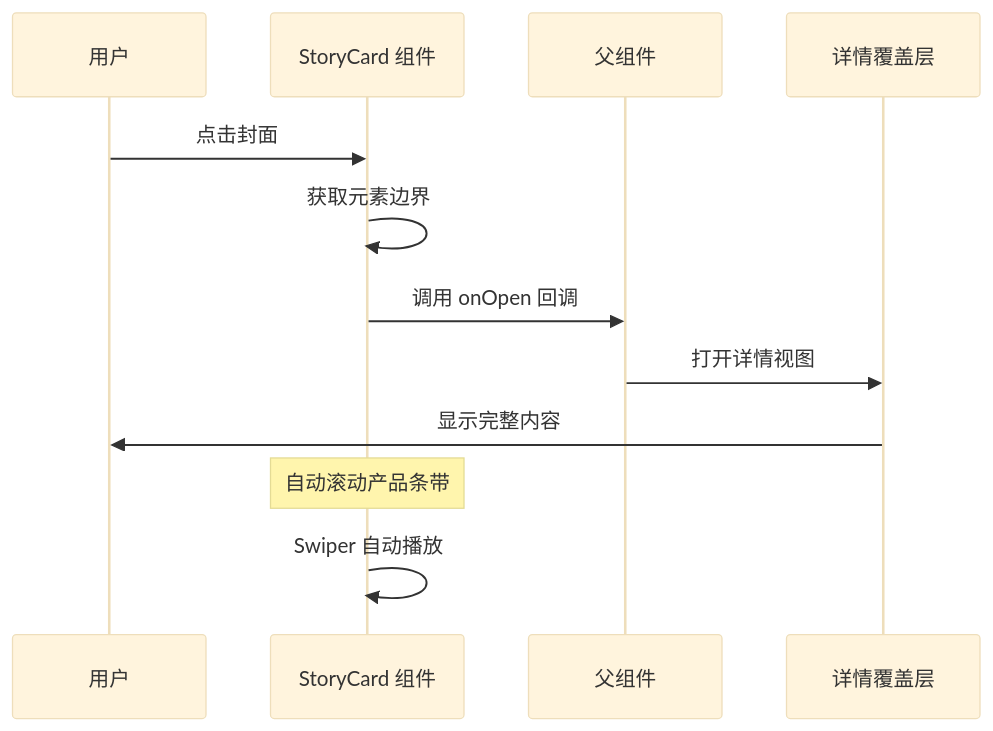
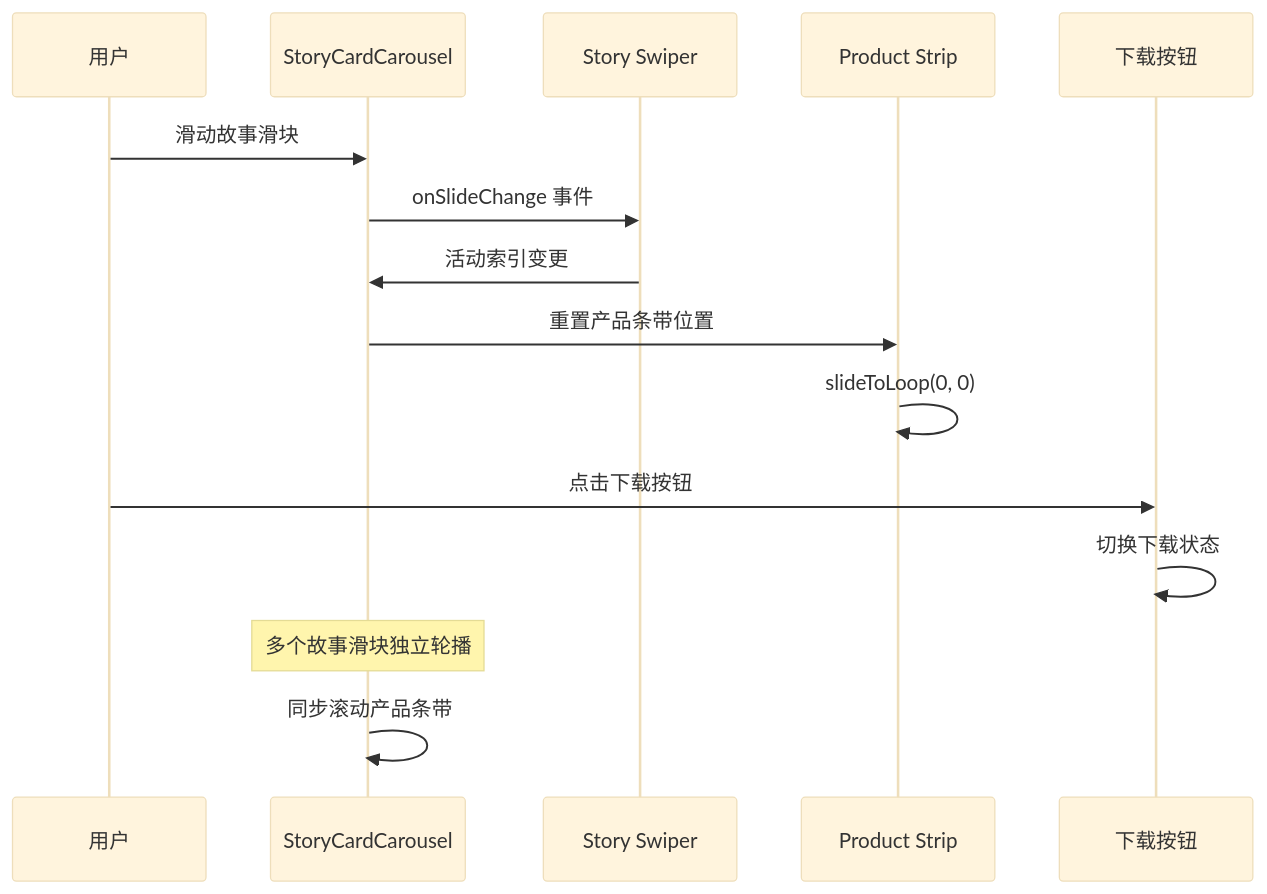
The fifth of 14 diagrams in .qoder/repowiki/zh/content/内容卡片系统/单品故事卡片.md (billye220670/newSquare), drawn with Mermaid (base theme) before and after one commit. The commit also changed other lines of this file and 7 other files, not shown here.

````diff
--- a/.qoder/repowiki/zh/content/内容卡片系统/单品故事卡片.md
+++ b/.qoder/repowiki/zh/content/内容卡片系统/单品故事卡片.md
@@ -175,14 +229,17 @@
 ```mermaid
 sequenceDiagram
 participant User as 用户
-participant StoryCard as StoryCard 组件
-participant Parent as 父组件
-participant DetailOverlay as 详情覆盖层
-User->>StoryCard : 点击封面
-StoryCard->>StoryCard : 获取元素边界
-StoryCard->>Parent : 调用 onOpen 回调
-Parent->>DetailOverlay : 打开详情视图
-DetailOverlay->>User : 显示完整内容
-Note over StoryCard : 自动滚动产品条带
-StoryCard->>StoryCard : Swiper 自动播放
+participant StoryCard as StoryCardCarousel
+participant StorySwiper as Story Swiper
+participant ProductStrip as Product Strip
+participant DownloadBtn as 下载按钮
+User->>StoryCard : 滑动故事滑块
+StoryCard->>StorySwiper : onSlideChange 事件
+StorySwiper->>StoryCard : 活动索引变更
+StoryCard->>ProductStrip : 重置产品条带位置
+ProductStrip->>ProductStrip : slideToLoop(0, 0)
+User->>DownloadBtn : 点击下载按钮
+DownloadBtn->>DownloadBtn : 切换下载状态
+Note over StoryCard : 多个故事滑块独立轮播
+StoryCard->>StoryCard : 同步滚动产品条带
 ```
````
